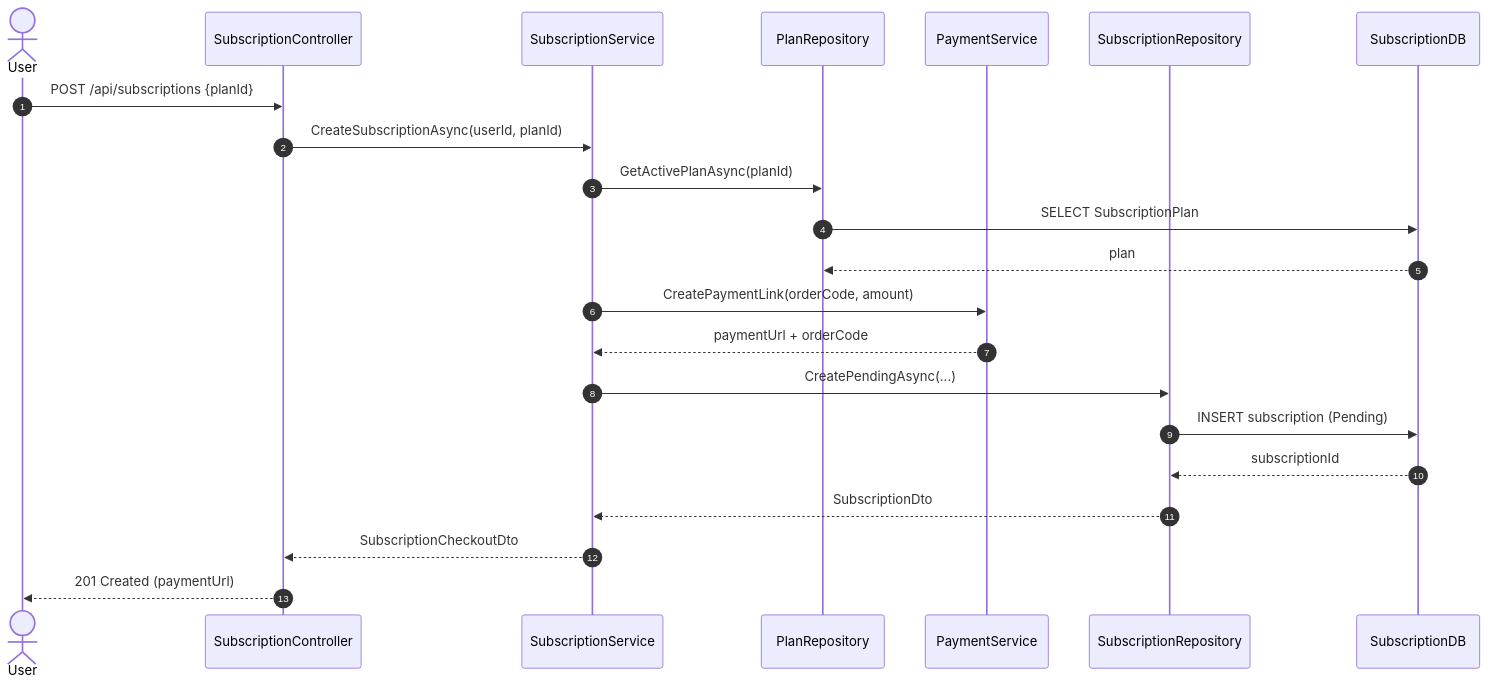
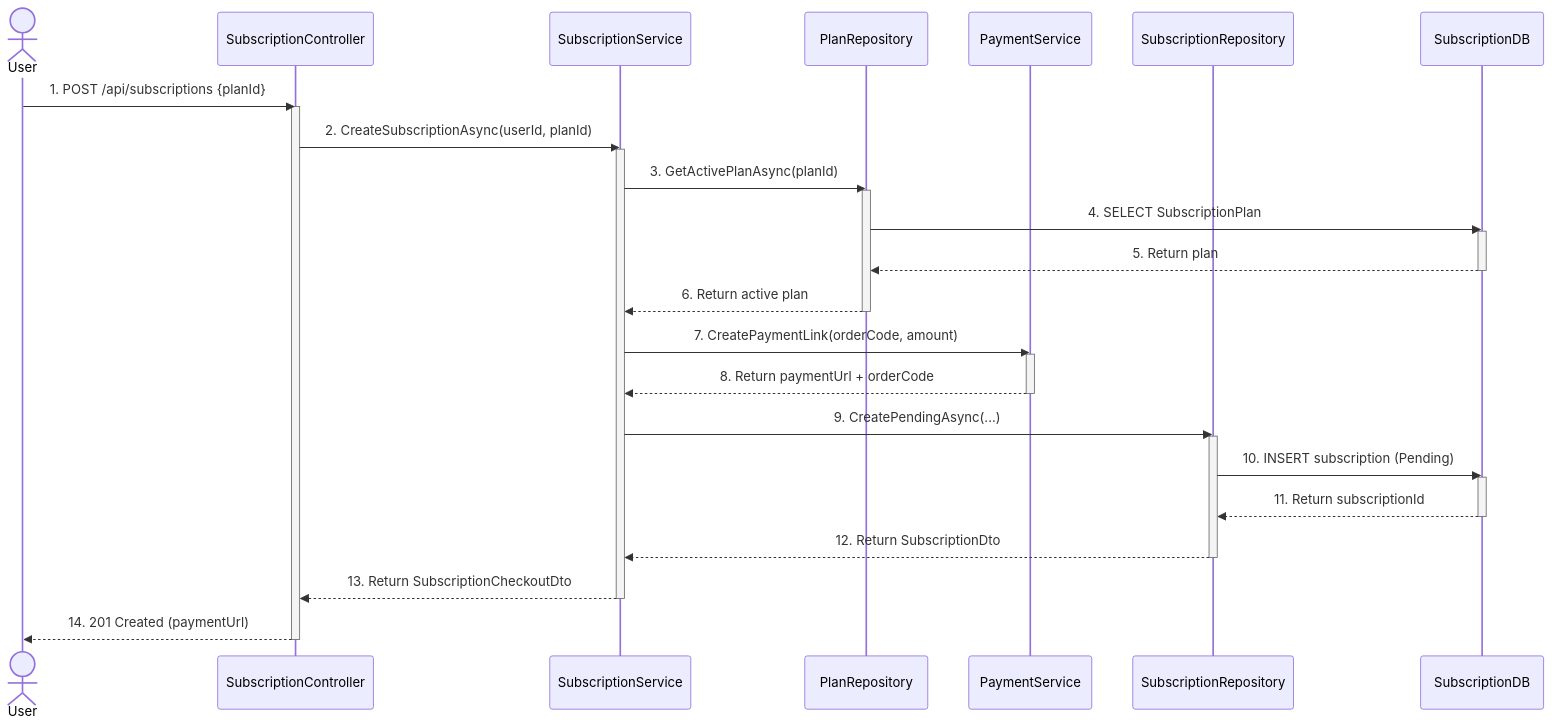
Before and after one commit to SEP490-CapstoneProject/SEP490_BE: the diagram in sequence_dia/subscription_service_sequence_diagram.md, drawn with Mermaid. The commit also changed 14 other files, not shown here.

Commit message:
feat: Add sequence diagrams for various services and re-enable subscription quota check in ApplicationService

````diff
--- a/sequence_dia/subscription_service_sequence_diagram.md
+++ b/sequence_dia/subscription_service_sequence_diagram.md
@@ -1,25 +1,39 @@
 ```mermaid
 sequenceDiagram
-    autonumber
     actor User
     participant SubscriptionController
     participant SubscriptionService
     participant PlanRepository
     participant PaymentService
     participant SubscriptionRepository
     participant SubscriptionDB
 
-    User->>SubscriptionController: POST /api/subscriptions {planId}
-    SubscriptionController->>SubscriptionService: CreateSubscriptionAsync(userId, planId)
-    SubscriptionService->>PlanRepository: GetActivePlanAsync(planId)
-    PlanRepository->>SubscriptionDB: SELECT SubscriptionPlan
-    SubscriptionDB-->>PlanRepository: plan
-    SubscriptionService->>PaymentService: CreatePaymentLink(orderCode, amount)
-    PaymentService-->>SubscriptionService: paymentUrl + orderCode
-    SubscriptionService->>SubscriptionRepository: CreatePendingAsync(...)
-    SubscriptionRepository->>SubscriptionDB: INSERT subscription (Pending)
-    SubscriptionDB-->>SubscriptionRepository: subscriptionId
-    SubscriptionRepository-->>SubscriptionService: SubscriptionDto
-    SubscriptionService-->>SubscriptionController: SubscriptionCheckoutDto
-    SubscriptionController-->>User: 201 Created (paymentUrl)
+    User->>SubscriptionController: 1. POST /api/subscriptions {planId}
+    activate SubscriptionController
+    SubscriptionController->>SubscriptionService: 2. CreateSubscriptionAsync(userId, planId)
+    activate SubscriptionService
+    SubscriptionService->>PlanRepository: 3. GetActivePlanAsync(planId)
+    activate PlanRepository
+    PlanRepository->>SubscriptionDB: 4. SELECT SubscriptionPlan
+    activate SubscriptionDB
+    SubscriptionDB-->>PlanRepository: 5. Return plan
+    deactivate SubscriptionDB
+    PlanRepository-->>SubscriptionService: 6. Return active plan
+    deactivate PlanRepository
+    SubscriptionService->>PaymentService: 7. CreatePaymentLink(orderCode, amount)
+    activate PaymentService
+    PaymentService-->>SubscriptionService: 8. Return paymentUrl + orderCode
+    deactivate PaymentService
+    SubscriptionService->>SubscriptionRepository: 9. CreatePendingAsync(...)
+    activate SubscriptionRepository
+    SubscriptionRepository->>SubscriptionDB: 10. INSERT subscription (Pending)
+    activate SubscriptionDB
+    SubscriptionDB-->>SubscriptionRepository: 11. Return subscriptionId
+    deactivate SubscriptionDB
+    SubscriptionRepository-->>SubscriptionService: 12. Return SubscriptionDto
+    deactivate SubscriptionRepository
+    SubscriptionService-->>SubscriptionController: 13. Return SubscriptionCheckoutDto
+    deactivate SubscriptionService
+    SubscriptionController-->>User: 14. 201 Created (paymentUrl)
+    deactivate SubscriptionController
 ```
````
